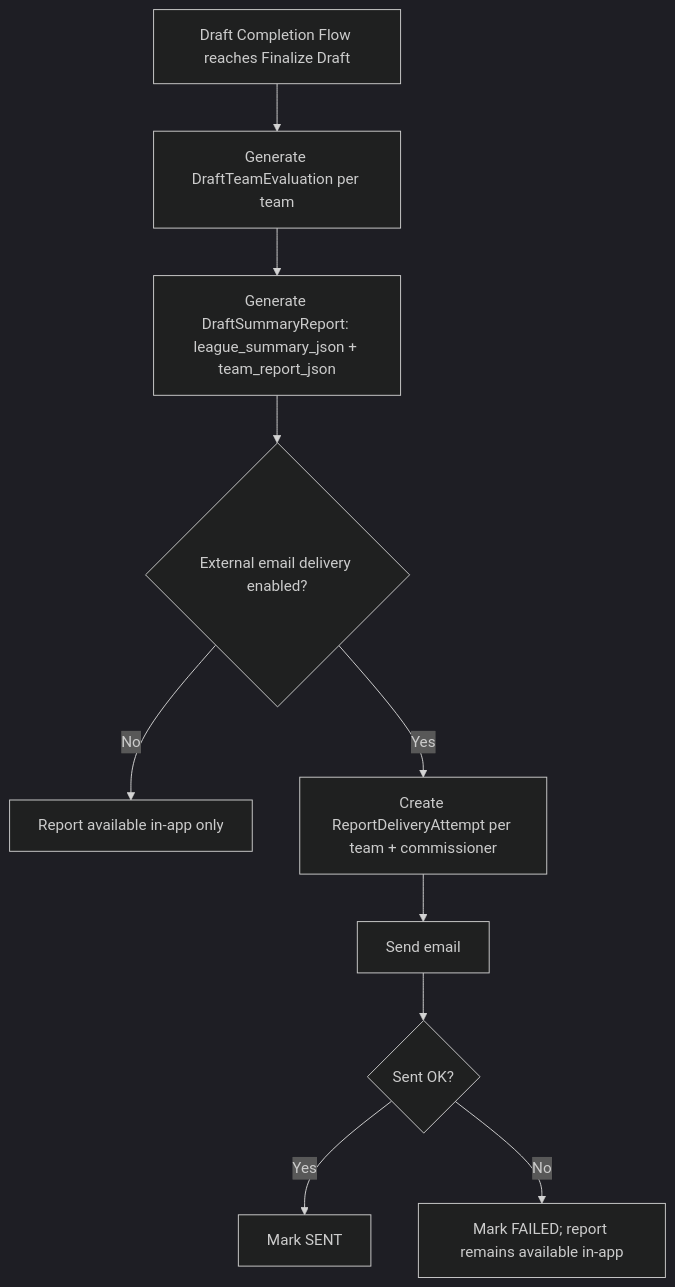
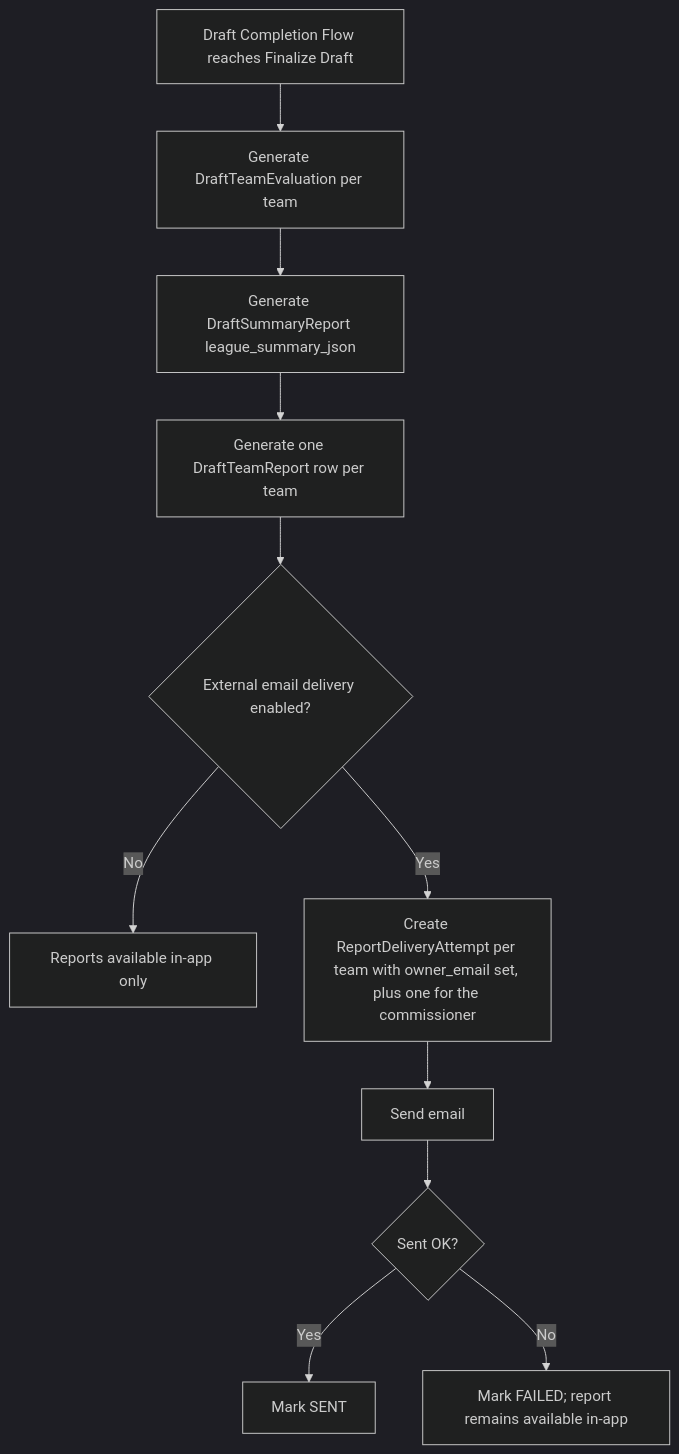
One commit to maccorless/Draft changed diagram 18 of 21 in state-machine-flows.md. Above: the diagram before and after it, drawn with Mermaid (dark theme). The commit also changed other lines of this file and 5 other files, not shown here.

Commit message:
Council review round 2: fix winner-correction bug, harden auth, crash recovery, and add missing UX flows

````diff
--- a/state-machine-flows.md
+++ b/state-machine-flows.md
@@ -606,12 +632,13 @@
 ```mermaid
 flowchart TD
     A[Draft Completion Flow reaches Finalize Draft] --> B[Generate DraftTeamEvaluation per team]
-    B --> C[Generate DraftSummaryReport: league_summary_json + team_report_json]
-    C --> D{External email delivery enabled?}
-    D -->|No| E[Report available in-app only]
-    D -->|Yes| F[Create ReportDeliveryAttempt per team + commissioner]
+    B --> C[Generate DraftSummaryReport league_summary_json]
+    C --> C2[Generate one DraftTeamReport row per team]
+    C2 --> D{External email delivery enabled?}
+    D -->|No| E[Reports available in-app only]
+    D -->|Yes| F[Create ReportDeliveryAttempt per team with owner_email set, plus one for the commissioner]
     F --> G[Send email]
     G --> H{Sent OK?}
     H -->|Yes| I[Mark SENT]
     H -->|No| J[Mark FAILED; report remains available in-app]
 ```
````
